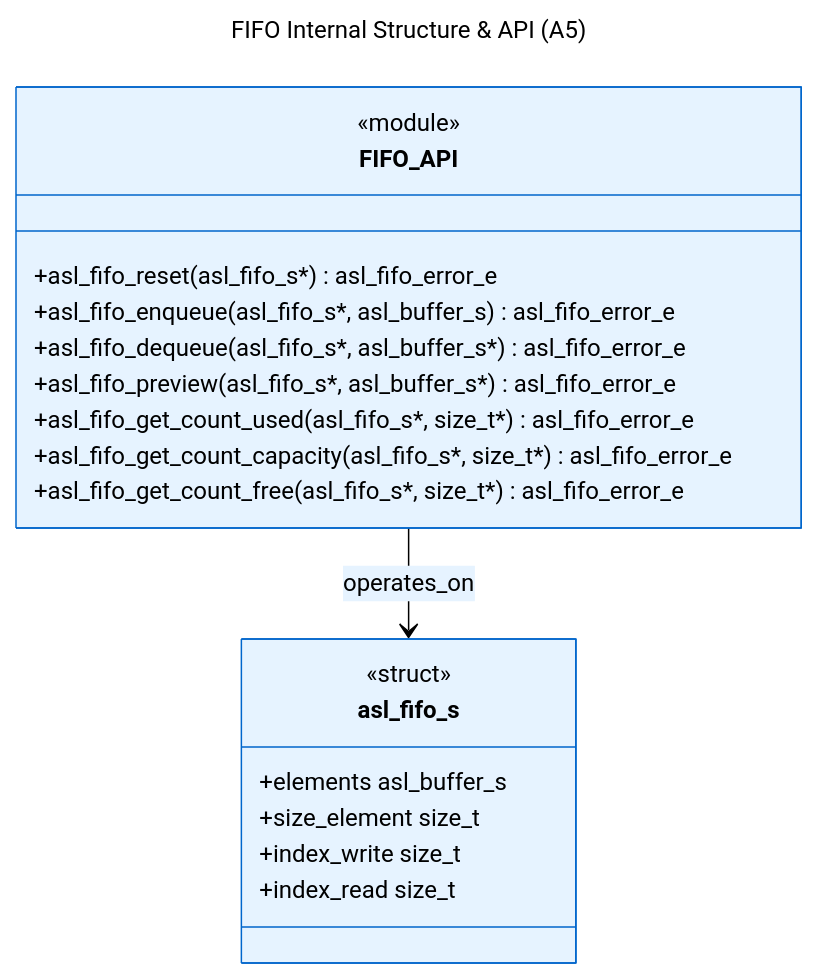
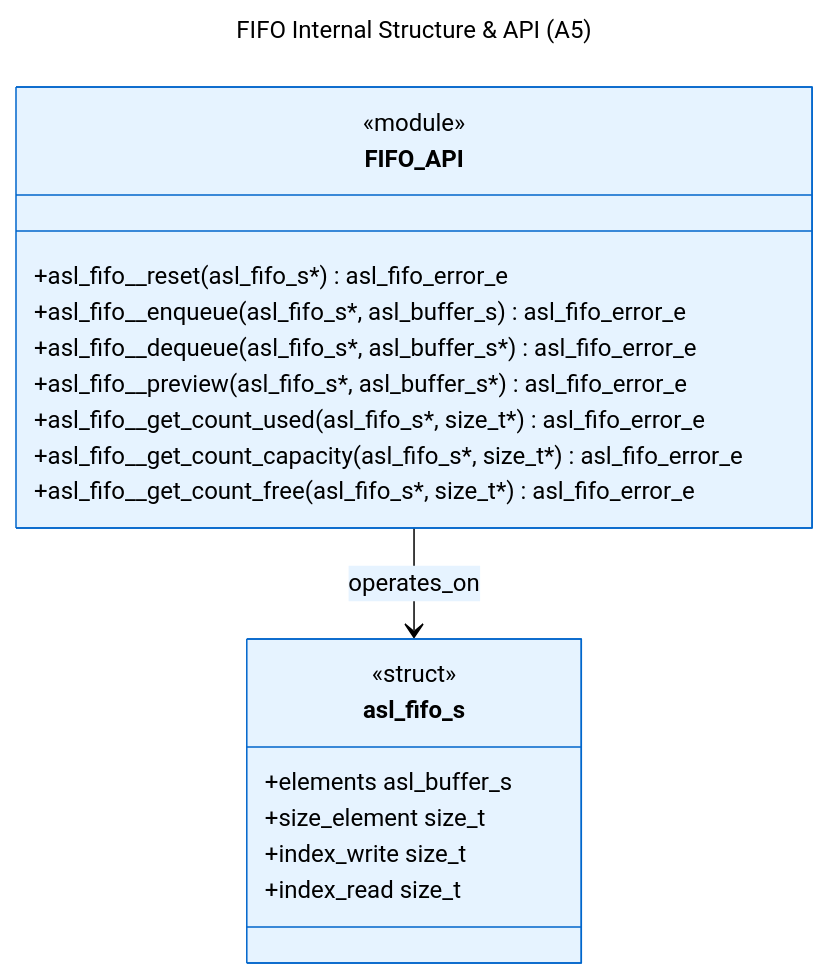
One commit to ABD-01/quantum-harmony changed the first of 2 diagrams in architecture/logical_view_fifo_overview.md. Above: the diagram before and after it, drawn with Mermaid. The commit also changed other lines of this file and 67 other files, not shown here.

````diff
--- a/architecture/logical_view_fifo_overview.md
+++ b/architecture/logical_view_fifo_overview.md
@@ -35,42 +35,42 @@
 ```mermaid
 ---
 title: FIFO Internal Structure & API (A5)
 config:
   theme: base
   themeVariables:
     background: "#ffffff"
     primaryColor: "#e6f3ff"
     primaryTextColor: "#000000"
     primaryBorderColor: "#0066cc"
     lineColor: "#000000"
     secondaryColor: "#f0f0f0"
     tertiaryColor: "#cccccc"
 ---
 classDiagram
     class asl_fifo_s {
         <<struct>>
         +elements asl_buffer_s
         +size_element size_t
         +index_write size_t
         +index_read size_t
     }
     
     class FIFO_API {
         <<module>>
-        +asl_fifo_reset(asl_fifo_s*) asl_fifo_error_e
-        +asl_fifo_enqueue(asl_fifo_s*, asl_buffer_s) asl_fifo_error_e
-        +asl_fifo_dequeue(asl_fifo_s*, asl_buffer_s*) asl_fifo_error_e
-        +asl_fifo_preview(asl_fifo_s*, asl_buffer_s*) asl_fifo_error_e
-        +asl_fifo_get_count_used(asl_fifo_s*, size_t*) asl_fifo_error_e
-        +asl_fifo_get_count_capacity(asl_fifo_s*, size_t*) asl_fifo_error_e
-        +asl_fifo_get_count_free(asl_fifo_s*, size_t*) asl_fifo_error_e
+        +asl_fifo__reset(asl_fifo_s*) asl_fifo_error_e
+        +asl_fifo__enqueue(asl_fifo_s*, asl_buffer_s) asl_fifo_error_e
+        +asl_fifo__dequeue(asl_fifo_s*, asl_buffer_s*) asl_fifo_error_e
+        +asl_fifo__preview(asl_fifo_s*, asl_buffer_s*) asl_fifo_error_e
+        +asl_fifo__get_count_used(asl_fifo_s*, size_t*) asl_fifo_error_e
+        +asl_fifo__get_count_capacity(asl_fifo_s*, size_t*) asl_fifo_error_e
+        +asl_fifo__get_count_free(asl_fifo_s*, size_t*) asl_fifo_error_e
     }
     
     FIFO_API --> asl_fifo_s : operates_on
     
     classDef fifo fill:#f0f8ff,stroke:#4169e1,stroke-width:2px
     classDef api fill:#e6f3ff,stroke:#0066cc,stroke-width:2px
     
     class asl_fifo_s:::fifo
     class FIFO_API:::api
 ```
````
